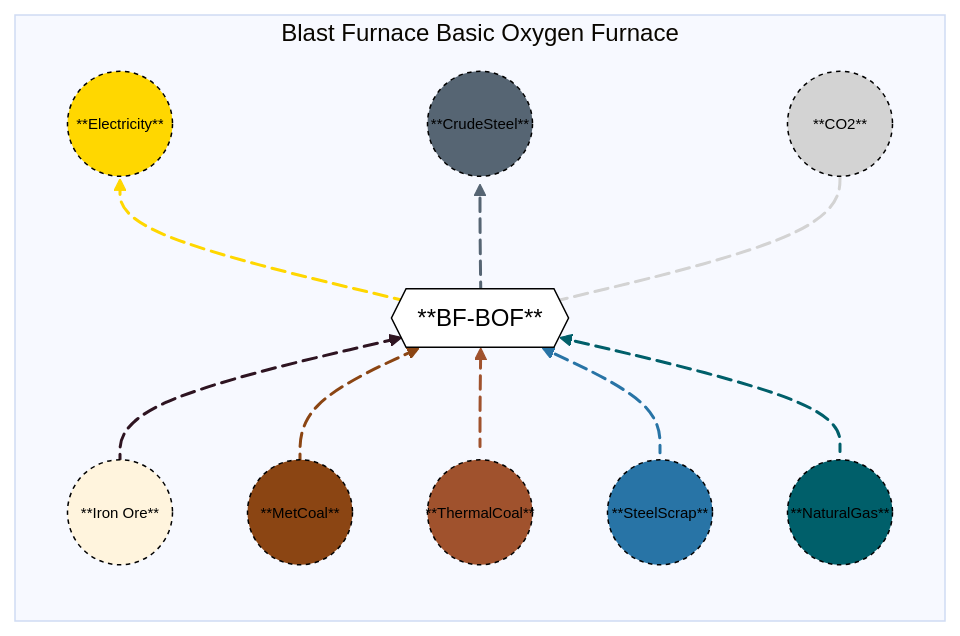
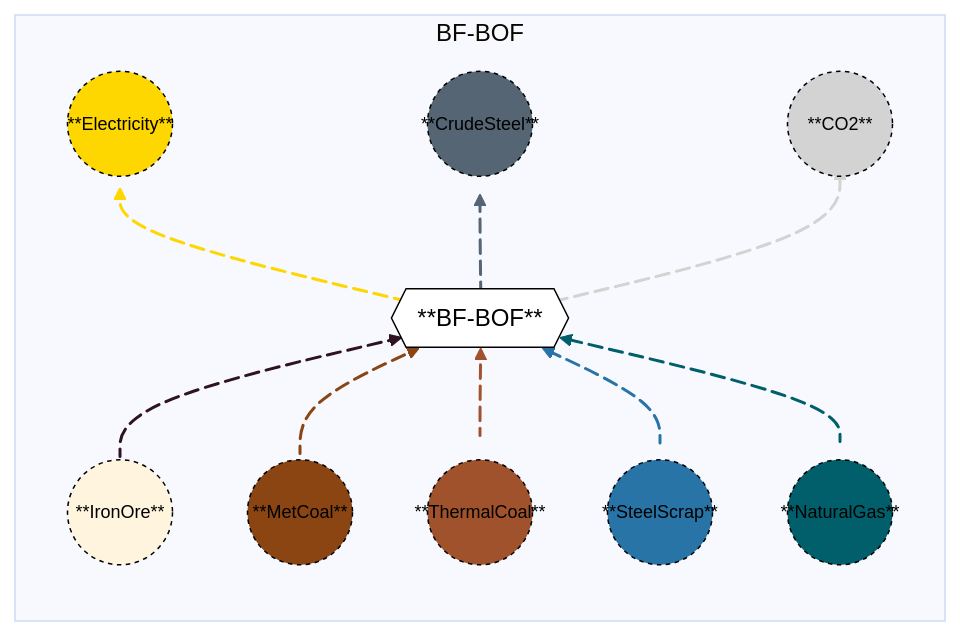
Before and after one commit to acheng1757/MacroEnergy-Abbie.jl: the diagram in docs/src/Manual/assets/blastfurnacebasicoxygenfurnace.md, drawn with Mermaid.

Commit message:
Update diagram styles in blast furnace documentation

````diff
--- a/docs/src/Manual/assets/blastfurnacebasicoxygenfurnace.md
+++ b/docs/src/Manual/assets/blastfurnacebasicoxygenfurnace.md
@@ -28,43 +28,43 @@
 ```mermaid
 %%{init: {'theme': 'base', 'themeVariables': { 'background': '#D1EBDE' }}}%%
 flowchart BT
-  subgraph Blast Furnace Basic Oxygen Furnace
+  subgraph BF-BOF
   direction BT
-    A1(("**Iron Ore**")) e1@-->B{{"**BF-BOF**"}}
+    A1(("**IronOre**")) e1@-->B{{"**BF-BOF**"}}
     A2(("**MetCoal**")) e2@-->B{{"**BF-BOF**"}}
     A3(("**ThermalCoal**")) e3@-->B{{"**BF-BOF**"}}
     A4(("**SteelScrap**")) e4@-->B{{"**BF-BOF**"}}
     A5(("**NaturalGas**")) e5@-->B{{"**BF-BOF**"}}
     B{{"**BF-BOF**"}} e6@-->C1(("**Electricity**"))
     B{{"**BF-BOF**"}} e7@-->C2(("**CrudeSteel**"))
     B{{"**BF-BOF**"}} e8@-->C3(("**CO2**"))
 
     e1@{ animate: true }
     e2@{ animate: true }
     e3@{ animate: true }
     e4@{ animate: true }
     e5@{ animate: true }
     e6@{ animate: true }
     e7@{ animate: true }
     e8@{ animate: true }
  end
-    style A1 font-size:10px,r:35px,fill:#FFD700D,stroke:black,color:black,stroke-dasharray: 3,5;
-    style A2 font-size:10px,r:35px,fill:#8B4513,stroke:black,color:black,stroke-dasharray: 3,5;
-    style A3 font-size:10px,r:35px,fill:#A0522D,stroke:black,color:black,stroke-dasharray: 3,5;
-    style A4 font-size:10px,r:35px,fill:#2874A6,stroke:black,color:black,stroke-dasharray: 3,5;
-    style A5 font-size:10px,r:35px,fill:#005F6A,stroke:black,color:black,stroke-dasharray: 3,5;
+    style A1 font-size:12px,r:35px,fill:#FFD700D,stroke:black,color:black,stroke-dasharray: 3,5;
+    style A2 font-size:12px,r:35px,fill:#8B4513,stroke:black,color:black,stroke-dasharray: 3,5;
+    style A3 font-size:12px,r:35px,fill:#A0522D,stroke:black,color:black,stroke-dasharray: 3,5;
+    style A4 font-size:12px,r:35px,fill:#2874A6,stroke:black,color:black,stroke-dasharray: 3,5;
+    style A5 font-size:12px,r:35px,fill:#005F6A,stroke:black,color:black,stroke-dasharray: 3,5;
     style B fill:white,stroke:black,color:black;
-    style C1 font-size:10px,r:35px,fill:#FFD700,stroke:black,color:black,stroke-dasharray: 3,5;
-    style C2 font-size:10px,r:35px,fill:#566573,stroke:black,color:black,stroke-dasharray: 3,5;
-    style C3 font-size:10px,r:35px,fill:lightgray,stroke:black,color:black,stroke-dasharray: 3,5;
+    style C1 font-size:12px,r:35px,fill:#FFD700,stroke:black,color:black,stroke-dasharray: 3,5;
+    style C2 font-size:12px,r:35px,fill:#566573,stroke:black,color:black,stroke-dasharray: 3,5;
+    style C3 font-size:12px,r:35px,fill:lightgray,stroke:black,color:black,stroke-dasharray: 3,5;
     linkStyle 0 stroke:#FFD700D, stroke-width: 2px;
     linkStyle 1 stroke:#8B4513, stroke-width: 2px;
     linkStyle 2 stroke:#A0522D, stroke-width: 2px;
     linkStyle 3 stroke:#2874A6, stroke-width: 2px;
     linkStyle 4 stroke:#005F6A, stroke-width: 2px;
     linkStyle 5 stroke:#FFD700, stroke-width: 2px;
     linkStyle 6 stroke:#566573, stroke-width: 2px;
     linkStyle 7 stroke:lightgray, stroke-width: 2px;
 
 
 ```
````
